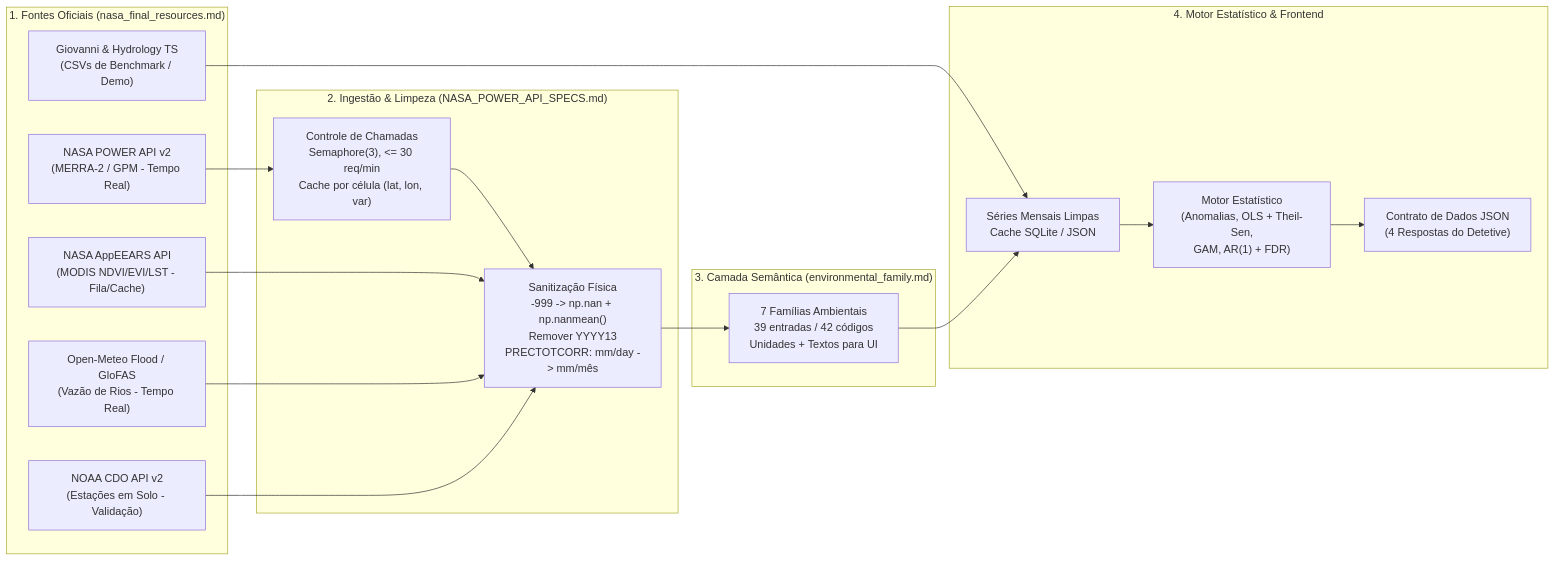
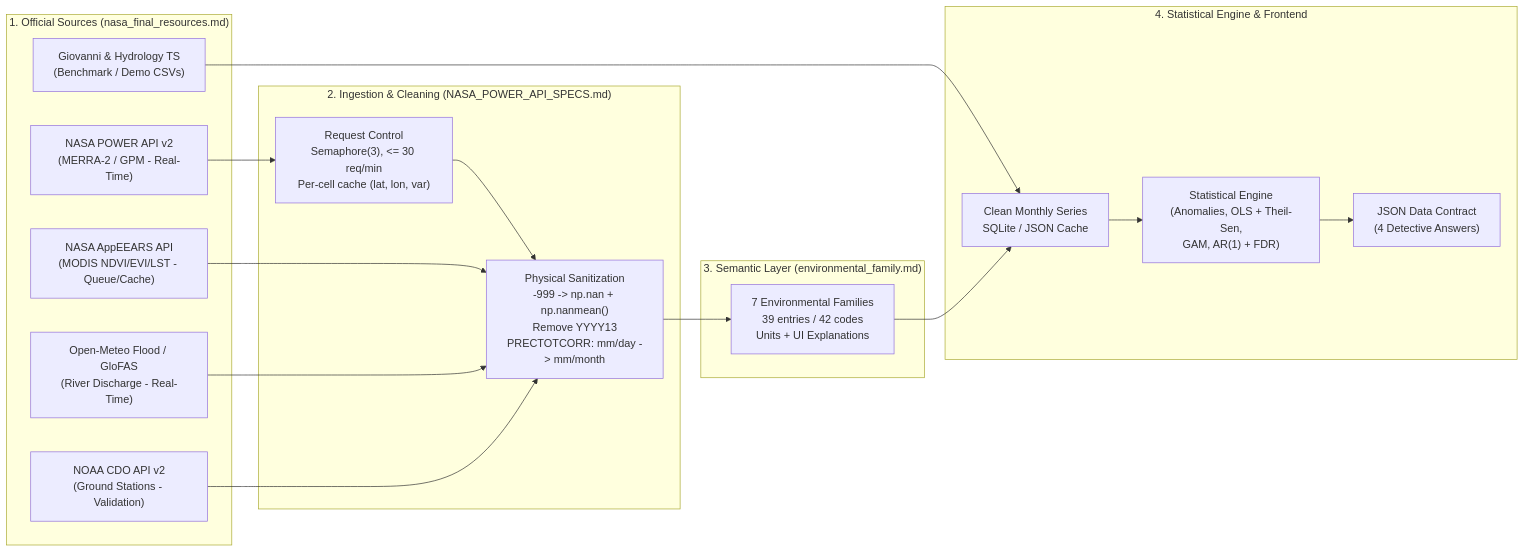
The diagram in context/knowledge_data/00_INDICE_E_ARQUITETURA_DADOS.md (felpmrts/earth-system-detective-fliflop-34), drawn with Mermaid before and after one commit. The commit also changed other lines of this file and 114 other files, not shown here.

````diff
--- a/context/knowledge_data/00_INDICE_E_ARQUITETURA_DADOS.md
+++ b/context/knowledge_data/00_INDICE_E_ARQUITETURA_DADOS.md
@@ -48,32 +48,32 @@
 ```mermaid
 flowchart LR
-    subgraph Fontes["1. Fontes Oficiais (nasa_final_resources.md)"]
-        F1["NASA POWER API v2<br/>(MERRA-2 / GPM - Tempo Real)"]
-        F2["NASA AppEEARS API<br/>(MODIS NDVI/EVI/LST - Fila/Cache)"]
-        F3["Open-Meteo Flood / GloFAS<br/>(Vazão de Rios - Tempo Real)"]
-        F4["NOAA CDO API v2<br/>(Estações em Solo - Validação)"]
-        F5["Giovanni & Hydrology TS<br/>(CSVs de Benchmark / Demo)"]
+    subgraph Sources["1. Official Sources (nasa_final_resources.md)"]
+        F1["NASA POWER API v2<br/>(MERRA-2 / GPM - Real-Time)"]
+        F2["NASA AppEEARS API<br/>(MODIS NDVI/EVI/LST - Queue/Cache)"]
+        F3["Open-Meteo Flood / GloFAS<br/>(River Discharge - Real-Time)"]
+        F4["NOAA CDO API v2<br/>(Ground Stations - Validation)"]
+        F5["Giovanni & Hydrology TS<br/>(Benchmark / Demo CSVs)"]
     end
 
-    subgraph Ingestao["2. Ingestão & Limpeza (NASA_POWER_API_SPECS.md)"]
-        I1["Controle de Chamadas<br/>Semaphore(3), <= 30 req/min<br/>Cache por célula (lat, lon, var)"]
-        I2["Sanitização Física<br/>-999 -> np.nan + np.nanmean()<br/>Remover YYYY13<br/>PRECTOTCORR: mm/day -> mm/mês"]
+    subgraph Ingestion["2. Ingestion & Cleaning (NASA_POWER_API_SPECS.md)"]
+        I1["Request Control<br/>Semaphore(3), <= 30 req/min<br/>Per-cell cache (lat, lon, var)"]
+        I2["Physical Sanitization<br/>-999 -> np.nan + np.nanmean()<br/>Remove YYYY13<br/>PRECTOTCORR: mm/day -> mm/month"]
     end
 
-    subgraph Catalogo["3. Camada Semântica (environmental_family.md)"]
-        C1["7 Famílias Ambientais<br/>39 entradas / 42 códigos<br/>Unidades + Textos para UI"]
+    subgraph Catalog["3. Semantic Layer (environmental_family.md)"]
+        C1["7 Environmental Families<br/>39 entries / 42 codes<br/>Units + UI Explanations"]
     end
 
-    subgraph Saida["4. Motor Estatístico & Frontend"]
-        S1["Séries Mensais Limpas<br/>Cache SQLite / JSON"]
-        S2["Motor Estatístico<br/>(Anomalias, OLS + Theil-Sen,<br/>GAM, AR(1) + FDR)"]
-        S3["Contrato de Dados JSON<br/>(4 Respostas do Detetive)"]
+    subgraph Output["4. Statistical Engine & Frontend"]
+        S1["Clean Monthly Series<br/>SQLite / JSON Cache"]
+        S2["Statistical Engine<br/>(Anomalies, OLS + Theil-Sen,<br/>GAM, AR(1) + FDR)"]
+        S3["JSON Data Contract<br/>(4 Detective Answers)"]
     end
 
     F1 --> I1 --> I2
     F2 --> I2
     F3 --> I2
     F4 --> I2
     F5 --> S1
     I2 --> C1 --> S1 --> S2 --> S3
 ```
````
